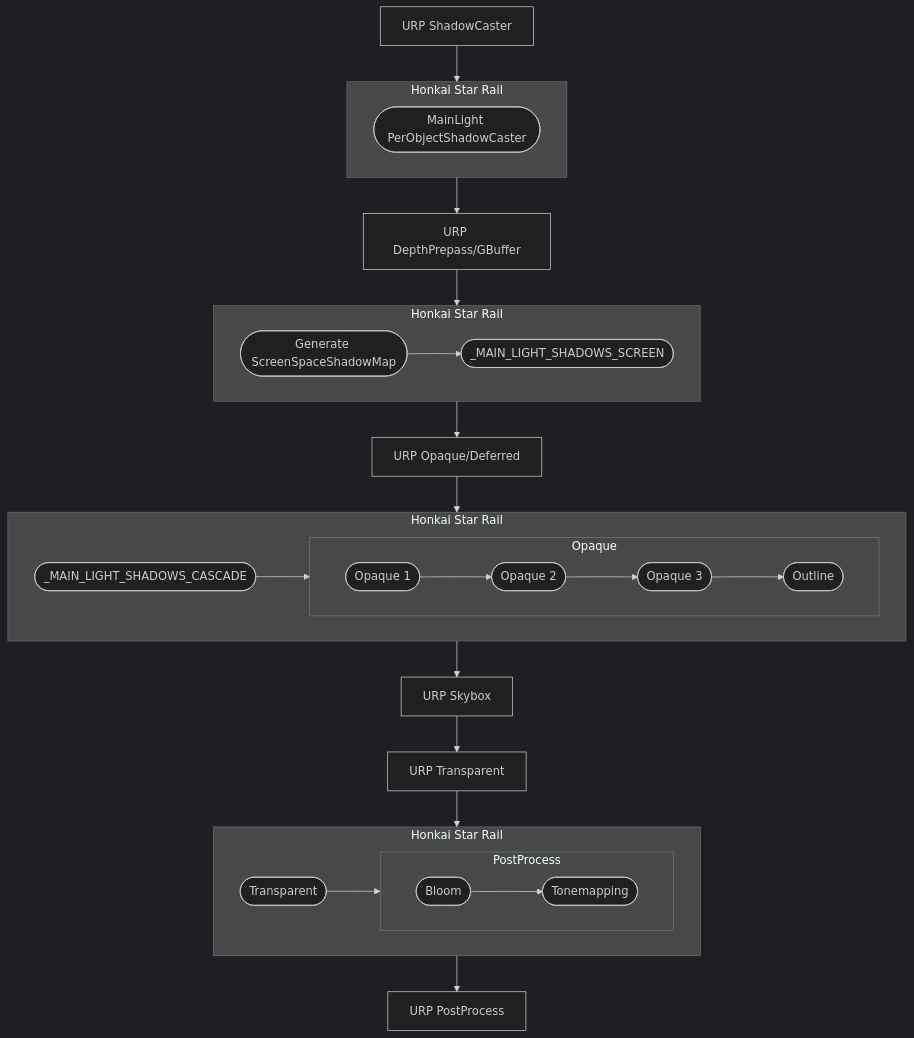
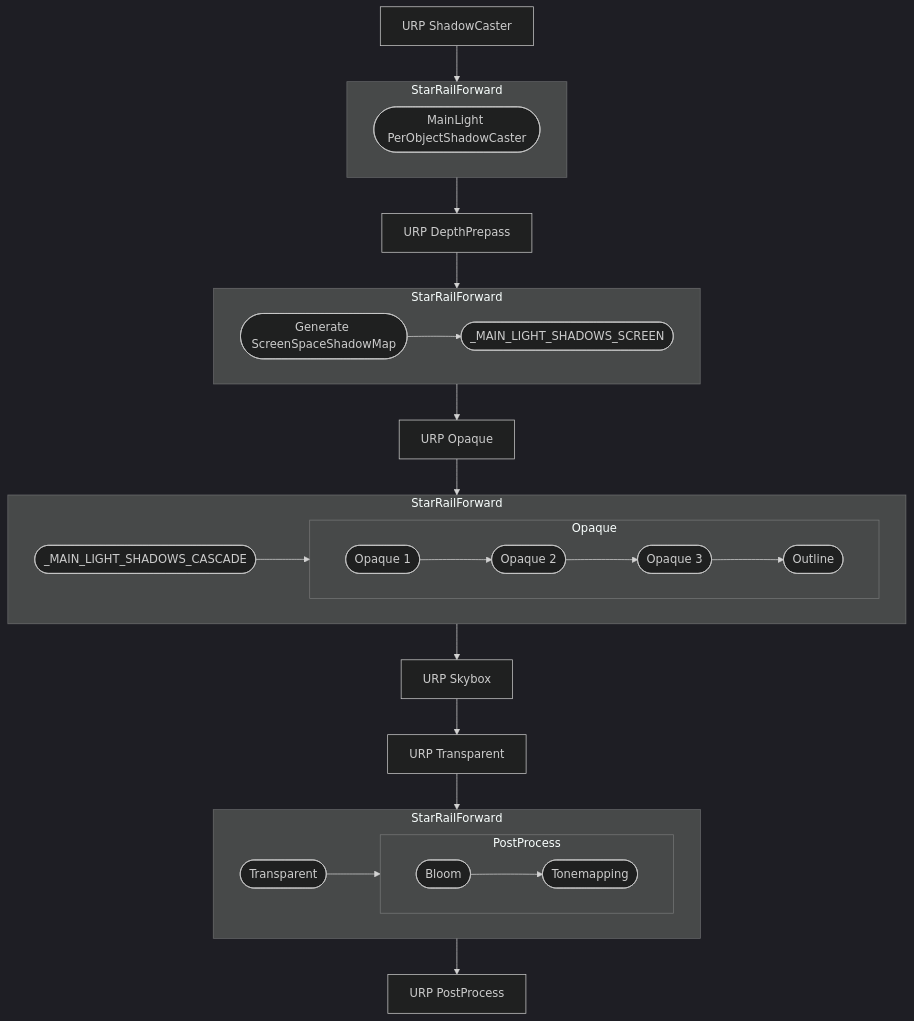
One commit to stalomeow/StarRailNPRShader changed the diagram in Documentation~/en-us/a-rough-flow-chart-of-this-pipeline.md. Above: the diagram before and after it, drawn with Mermaid (dark theme). The commit also changed 19 other files, not shown here.

````diff
--- a/Documentation~/en-us/a-rough-flow-chart-of-this-pipeline.md
+++ b/Documentation~/en-us/a-rough-flow-chart-of-this-pipeline.md
@@ -3,46 +3,46 @@
 ``` mermaid
 flowchart TD
     URPShadowCaster[URP ShadowCaster] --> StarRail1
 
-    subgraph StarRail1[Honkai Star Rail]
+    subgraph StarRail1[StarRailForward]
         PerObjShadowCaster([MainLight PerObjectShadowCaster])
     end
 
-    StarRail1 --> URPDepthPrepassOrGBuffer[URP DepthPrepass/GBuffer]
-    URPDepthPrepassOrGBuffer --> StarRail2
+    StarRail1 --> URPDepthPrepass[URP DepthPrepass]
+    URPDepthPrepass --> StarRail2
 
-    subgraph StarRail2[Honkai Star Rail]
+    subgraph StarRail2[StarRailForward]
         ScreenSpaceShadow([Generate ScreenSpaceShadowMap]) --> ScreenSpaceShadowKeyword
         ScreenSpaceShadowKeyword([_MAIN_LIGHT_SHADOWS_SCREEN])
     end
 
-    StarRail2 --> URPOpaqueOrDeferred[URP Opaque/Deferred]
-    URPOpaqueOrDeferred --> StarRail3
+    StarRail2 --> URPOpaque[URP Opaque]
+    URPOpaque --> StarRail3
 
-    subgraph StarRail3[Honkai Star Rail]
+    subgraph StarRail3[StarRailForward]
         CascadedShadow(["_MAIN_LIGHT_SHADOWS_CASCADE"])
         CascadedShadow --> SROpaque
 
         subgraph SROpaque["Opaque"]
             direction LR
             SROpaque1([Opaque 1]) --> SROpaque2([Opaque 2])
             SROpaque2 --> SROpaque3([Opaque 3])
             SROpaque3 --> SROpaqueOutline([Outline])
         end
     end
 
     StarRail3 --> URPSkybox[URP Skybox]
     URPSkybox --> URPTransparent[URP Transparent]
     URPTransparent --> StarRail4
 
-    subgraph StarRail4[Honkai Star Rail]
+    subgraph StarRail4[StarRailForward]
         SRTransparent(["Transparent"]) --> SRPost
 
         subgraph SRPost[PostProcess]
             direction LR
             SRBloom([Bloom]) --> SRTonemapping([Tonemapping])
         end
     end
 
     StarRail4 --> URPPost[URP PostProcess]
 ```
````
